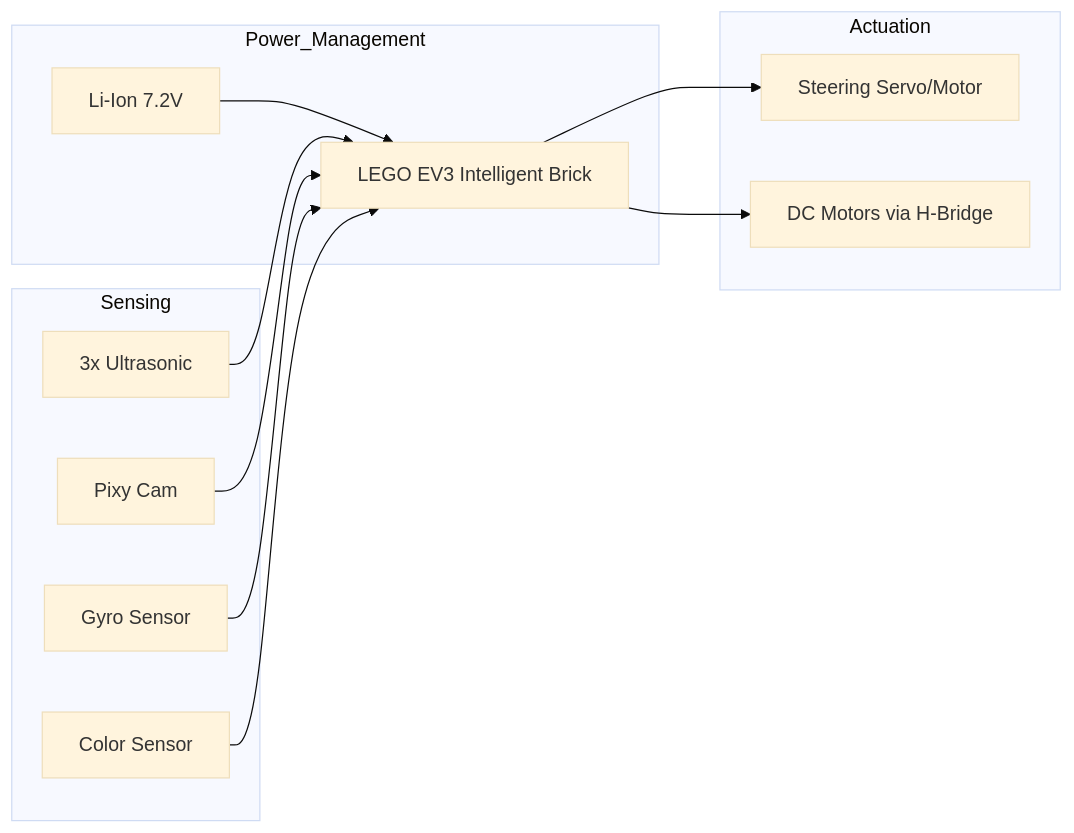
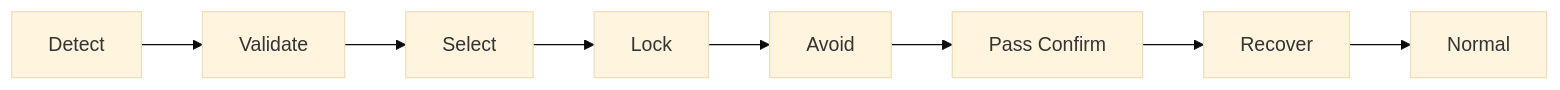
Before and after one commit to Piolintech123/WRO2026-FE-PiolinTech: the second of 6 diagrams in README.md, drawn with Mermaid (base theme). The commit also changed other lines of this file, not shown here.

````diff
--- a/README.md
+++ b/README.md
@@ -476,16 +584,10 @@
 ```mermaid
-graph LR
-    subgraph Power_Management
-    BAT[Li-Ion 7.2V] --> EV3[LEGO EV3 Intelligent Brick]
-    end
-    subgraph Sensing
-    US[3x Ultrasonic] --> EV3
-    CAM[Pixy Cam] --> EV3
-    GYRO[Gyro Sensor] --> EV3
-    COL[Color Sensor] --> EV3
-    end
-    subgraph Actuation
-    EV3 --> SERV[Steering Servo/Motor]
-    EV3 --> MOT[DC Motors via H-Bridge]
-    end
+flowchart LR
+    D[Detect] --> V[Validate]
+    V --> S[Select]
+    S --> L[Lock]
+    L --> A[Avoid]
+    A --> P[Pass Confirm]
+    P --> R[Recover]
+    R --> N[Normal]
 ```
````
